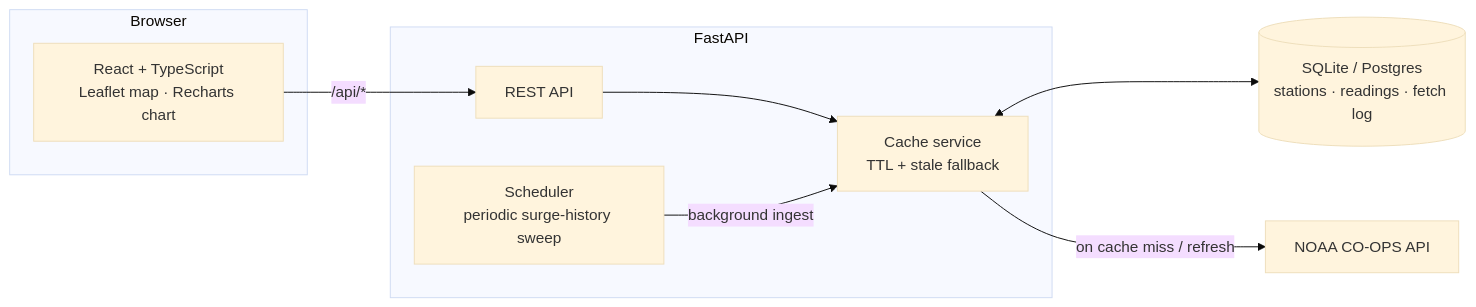
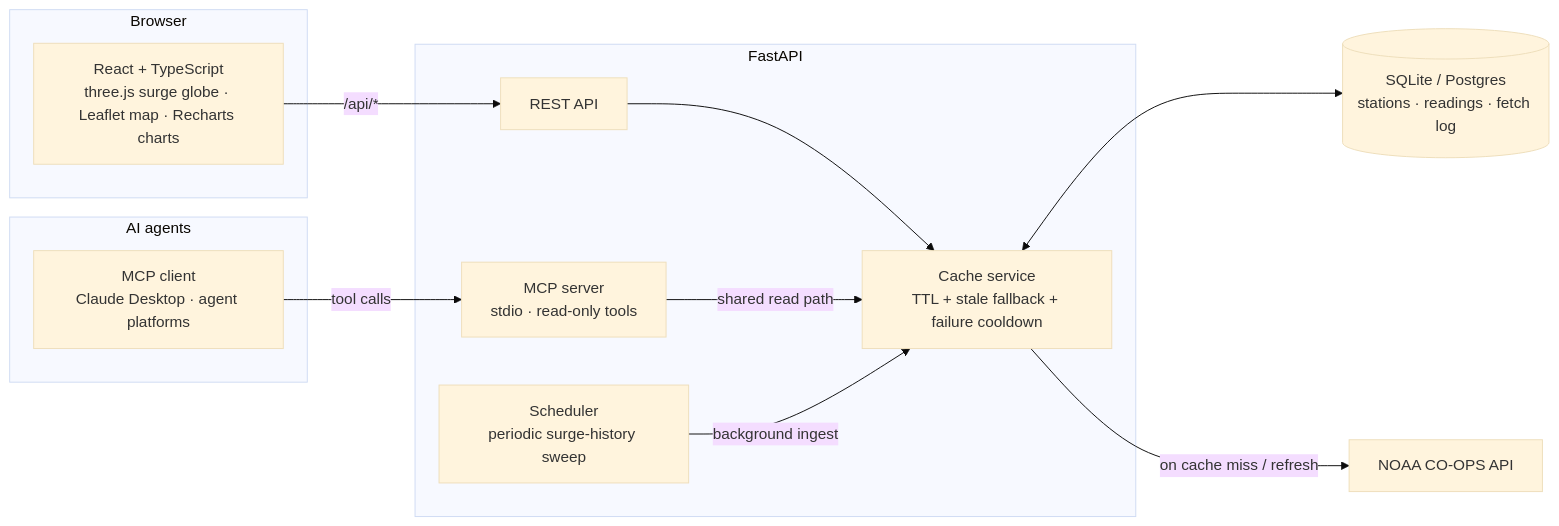
Before and after one commit to alejandro-publius/tideline: the diagram in README.md, drawn with Mermaid (base theme). The commit also changed other lines of this file and 38 other files, not shown here.

````diff
--- a/README.md
+++ b/README.md
@@ -39,19 +41,25 @@
 ```mermaid
 flowchart LR
     subgraph Browser
-        UI[React + TypeScript<br/>Leaflet map · Recharts chart]
+        UI[React + TypeScript<br/>three.js surge globe · Leaflet map · Recharts charts]
+    end
+    subgraph Agents[AI agents]
+        CLIENT[MCP client<br/>Claude Desktop · agent platforms]
     end
     subgraph Backend[FastAPI]
         API[REST API]
-        SVC[Cache service<br/>TTL + stale fallback]
+        MCPS[MCP server<br/>stdio · read-only tools]
+        SVC[Cache service<br/>TTL + stale fallback + failure cooldown]
         SCHED[Scheduler<br/>periodic surge-history sweep]
     end
     DB[(SQLite / Postgres<br/>stations · readings · fetch log)]
     NOAA[NOAA CO-OPS API]
 
     UI -- "/api/*" --> API
+    CLIENT -- "tool calls" --> MCPS
     API --> SVC
+    MCPS -- "shared read path" --> SVC
     SCHED -- "background ingest" --> SVC
     SVC <--> DB
     SVC -- "on cache miss / refresh" --> NOAA
 ```
````
